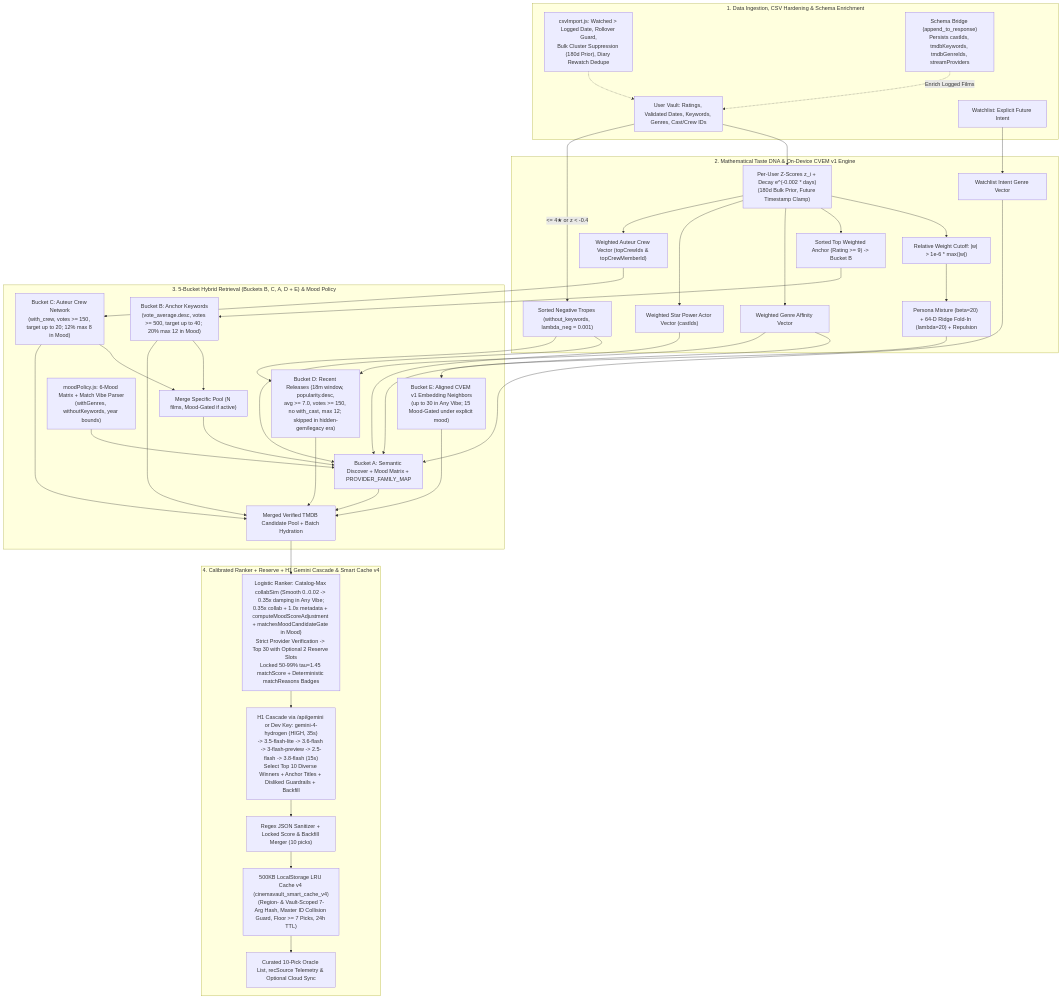
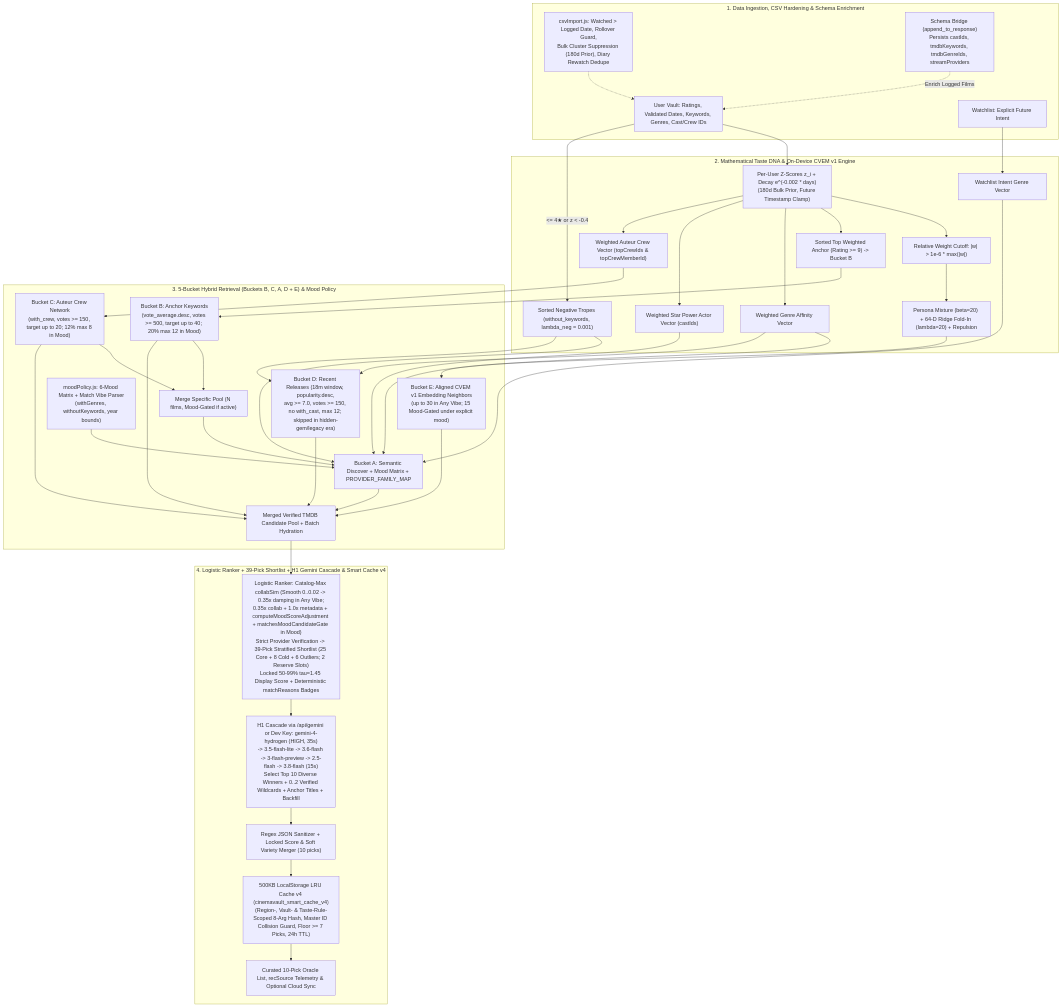
The diagram in ARCHITECTURE.md (khuzaima175/React-Movie-Original), drawn with Mermaid before and after one commit. The commit also changed other lines of this file and 6 other files, not shown here.

Commit message:
fix(nav,docs): scroll to top on route transitions and align architecture & model docs

````diff
--- a/ARCHITECTURE.md
+++ b/ARCHITECTURE.md
@@ -80,41 +88,41 @@
-```mermaid
-flowchart TD
-    subgraph Phase1 ["1. Data Ingestion, CSV Hardening & Schema Enrichment"]
-        V["User Vault: Ratings, Validated Dates, Keywords, Genres, Cast/Crew IDs"]
-        W["Watchlist: Explicit Future Intent"]
-        CSV["csvImport.js: Watched > Logged Date, Rollover Guard,\nBulk Cluster Suppression (180d Prior), Diary Rewatch Dedupe"] -.-> V
-        SB["Schema Bridge (append_to_response)\nPersists castIds, tmdbKeywords, tmdbGenreIds, streamProviders"] -.->|Enrich Logged Films| V
-    end
+  ```mermaid
+  flowchart TD
+      subgraph Phase1 ["1. Data Ingestion, CSV Hardening & Schema Enrichment"]
+          V["User Vault: Ratings, Validated Dates, Keywords, Genres, Cast/Crew IDs"]
+          W["Watchlist: Explicit Future Intent"]
+          CSV["csvImport.js: Watched > Logged Date, Rollover Guard,\nBulk Cluster Suppression (180d Prior), Diary Rewatch Dedupe"] -.-> V
+          SB["Schema Bridge (append_to_response)\nPersists castIds, tmdbKeywords, tmdbGenreIds, streamProviders"] -.->|Enrich Logged Films| V
+      end
 
-    subgraph Phase2 ["2. Mathematical Taste DNA & On-Device CVEM v1 Engine"]
-        V --> Z["Per-User Z-Scores z_i + Decay e^(-0.002 * days)\n(180d Bulk Prior, Future Timestamp Clamp)"]
-        Z --> REL["Relative Weight Cutoff: |w| > 1e-6 * max(|w|)"]
-        REL --> KM["Persona Mixture (beta=20) + 64-D Ridge Fold-In (lambda=20) + Repulsion"]
-        Z --> ANCHOR["Sorted Top Weighted Anchor (Rating >= 9) -> Bucket B"]
-        Z --> GENRE_V["Weighted Genre Affinity Vector"]
-        Z --> CAST_V["Weighted Star Power Actor Vector (castIds)"]
-        Z --> CREW_V["Weighted Auteur Crew Vector (topCrewIds & topCrewMemberId)"]
-        W --> WATCH_V["Watchlist Intent Genre Vector"]
-        V -->|<= 4★ or z < -0.4| HATED_K["Sorted Negative Tropes (without_keywords, lambda_neg = 0.001)"]
-    end
+      subgraph Phase2 ["2. Mathematical Taste DNA & On-Device CVEM v1 Engine"]
+          V --> Z["Per-User Z-Scores z_i + Decay e^(-0.002 * days)\n(180d Bulk Prior, Future Timestamp Clamp)"]
+          Z --> REL["Relative Weight Cutoff: |w| > 1e-6 * max(|w|)"]
+          REL --> KM["Persona Mixture (beta=20) + 64-D Ridge Fold-In (lambda=20) + Repulsion"]
+          Z --> ANCHOR["Sorted Top Weighted Anchor (Rating >= 9) -> Bucket B"]
+          Z --> GENRE_V["Weighted Genre Affinity Vector"]
+          Z --> CAST_V["Weighted Star Power Actor Vector (castIds)"]
+          Z --> CREW_V["Weighted Auteur Crew Vector (topCrewIds & topCrewMemberId)"]
+          W --> WATCH_V["Watchlist Intent Genre Vector"]
+          V -->|<= 4★ or z < -0.4| HATED_K["Sorted Negative Tropes (without_keywords, lambda_neg = 0.001)"]
+      end
 
-    subgraph Phase3 ["3. 5-Bucket Hybrid Retrieval (Buckets B, C, A, D + E) & Mood Policy"]
-        ANCHOR --> B2["Bucket B: Anchor Keywords\n(vote_average.desc, votes >= 500, target up to 40; 20% max 12 in Mood)"]
-        CREW_V --> B3["Bucket C: Auteur Crew Network\n(with_crew, votes >= 150, target up to 20; 12% max 8 in Mood)"]
-        B2 & B3 --> POOL_SPEC["Merge Specific Pool (N films, Mood-Gated if active)"]
-        GENRE_V & WATCH_V & CAST_V & HATED_K --> B1
-        MOOD["moodPolicy.js: 6-Mood Matrix + Match Vibe Parser\n(withGenres, withoutKeywords, year bounds)"] --> B1
-        POOL_SPEC --> B1["Bucket A: Semantic Discover + Mood Matrix + PROVIDER_FAMILY_MAP"]
-        GENRE_V & HATED_K --> B4["Bucket D: Recent Releases (18m window, popularity.desc,\navg >= 7.0, votes >= 150, no with_cast, max 12; skipped in hidden-gem/legacy era)"]
-        KM --> B5["Bucket E: Aligned CVEM v1 Embedding Neighbors\n(up to 30 in Any Vibe; 15 Mood-Gated under explicit mood)"]
-        B1 & B2 & B3 & B4 & B5 --> CP["Merged Verified TMDB Candidate Pool + Batch Hydration"]
-    end
+      subgraph Phase3 ["3. 5-Bucket Hybrid Retrieval (Buckets B, C, A, D + E) & Mood Policy"]
+          ANCHOR --> B2["Bucket B: Anchor Keywords\n(vote_average.desc, votes >= 500, target up to 40; 20% max 12 in Mood)"]
+          CREW_V --> B3["Bucket C: Auteur Crew Network\n(with_crew, votes >= 150, target up to 20; 12% max 8 in Mood)"]
+          B2 & B3 --> POOL_SPEC["Merge Specific Pool (N films, Mood-Gated if active)"]
+          GENRE_V & WATCH_V & CAST_V & HATED_K --> B1
+          MOOD["moodPolicy.js: 6-Mood Matrix + Match Vibe Parser\n(withGenres, withoutKeywords, year bounds)"] --> B1
+          POOL_SPEC --> B1["Bucket A: Semantic Discover + Mood Matrix + PROVIDER_FAMILY_MAP"]
+          GENRE_V & HATED_K --> B4["Bucket D: Recent Releases (18m window, popularity.desc,\navg >= 7.0, votes >= 150, no with_cast, max 12; skipped in hidden-gem/legacy era)"]
+          KM --> B5["Bucket E: Aligned CVEM v1 Embedding Neighbors\n(up to 30 in Any Vibe; 15 Mood-Gated under explicit mood)"]
+          B1 & B2 & B3 & B4 & B5 --> CP["Merged Verified TMDB Candidate Pool + Batch Hydration"]
+      end
 
-    subgraph Phase4 ["4. Calibrated Ranker + Reserve + H1 Gemini Cascade & Smart Cache v4"]
-        CP --> RNK["Logistic Ranker: Catalog-Max collabSim (Smooth 0..0.02 -> 0.35x damping in Any Vibe;\n0.35x collab + 1.0x metadata + computeMoodScoreAdjustment + matchesMoodCandidateGate in Mood)\nStrict Provider Verification -> Top 30 with Optional 2 Reserve Slots\nLocked 50-99% tau=1.45 matchScore + Deterministic matchReasons Badges"]
-        RNK --> GEM["H1 Cascade via /api/gemini or Dev Key: gemini-4-hydrogen (HIGH, 35s)\n-> 3.5-flash-lite -> 3.6-flash -> 3-flash-preview -> 2.5-flash -> 3.8-flash (15s)\nSelect Top 10 Diverse Winners + Anchor Titles + Disliked Guardrails + Backfill"]
-        GEM --> NORM["Regex JSON Sanitizer + Locked Score & Backfill Merger (10 picks)"]
-        NORM --> CACHE["500KB LocalStorage LRU Cache v4 (cinemavault_smart_cache_v4)\n(Region- & Vault-Scoped 7-Arg Hash, Master ID Collision Guard, Floor >= 7 Picks, 24h TTL)"]
-        CACHE --> UI["Curated 10-Pick Oracle List, recSource Telemetry & Optional Cloud Sync"]
-    end
-```
+      subgraph Phase4 ["4. Logistic Ranker + 39-Pick Shortlist + H1 Gemini Cascade & Smart Cache v4"]
+          CP --> RNK["Logistic Ranker: Catalog-Max collabSim (Smooth 0..0.02 -> 0.35x damping in Any Vibe;\n0.35x collab + 1.0x metadata + computeMoodScoreAdjustment + matchesMoodCandidateGate in Mood)\nStrict Provider Verification -> 39-Pick Stratified Shortlist (25 Core + 8 Cold + 6 Outliers; 2 Reserve Slots)\nLocked 50-99% tau=1.45 Display Score + Deterministic matchReasons Badges"]
+          RNK --> GEM["H1 Cascade via /api/gemini or Dev Key: gemini-4-hydrogen (HIGH, 35s)\n-> 3.5-flash-lite -> 3.6-flash -> 3-flash-preview -> 2.5-flash -> 3.8-flash (15s)\nSelect Top 10 Diverse Winners + 0..2 Verified Wildcards + Anchor Titles + Backfill"]
+          GEM --> NORM["Regex JSON Sanitizer + Locked Score & Soft Variety Merger (10 picks)"]
+          NORM --> CACHE["500KB LocalStorage LRU Cache v4 (cinemavault_smart_cache_v4)\n(Region-, Vault- & Taste-Rule-Scoped 8-Arg Hash, Master ID Collision Guard, Floor >= 7 Picks, 24h TTL)"]
+          CACHE --> UI["Curated 10-Pick Oracle List, recSource Telemetry & Optional Cloud Sync"]
+      end
+  ```
````
